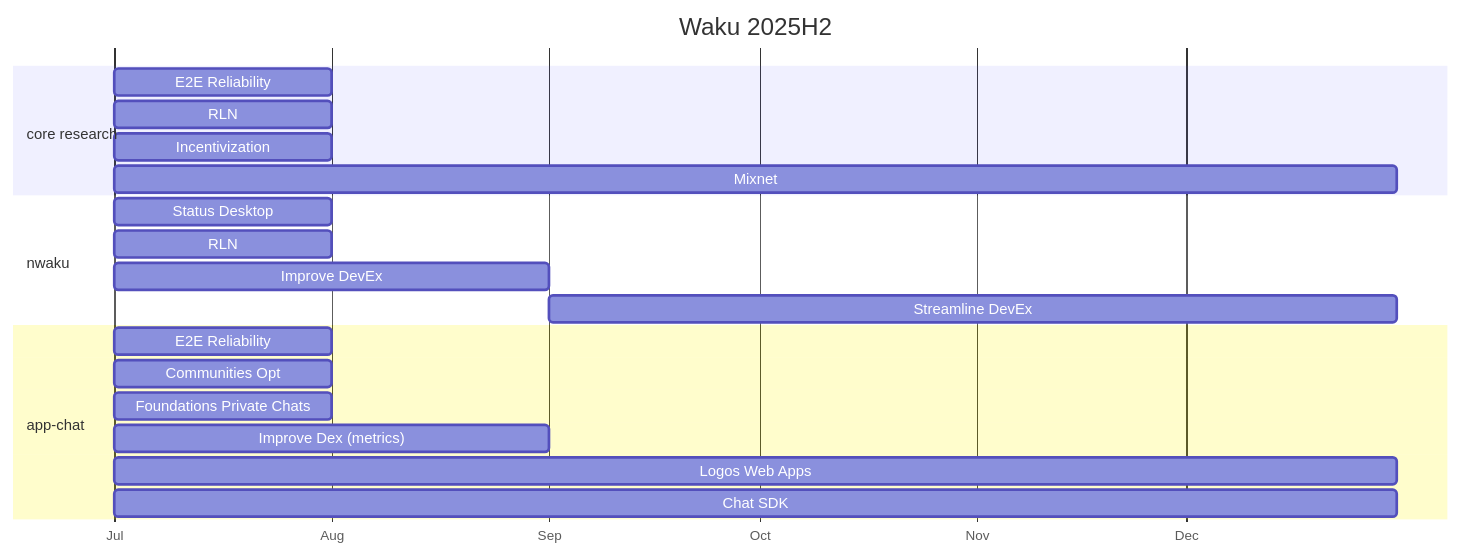
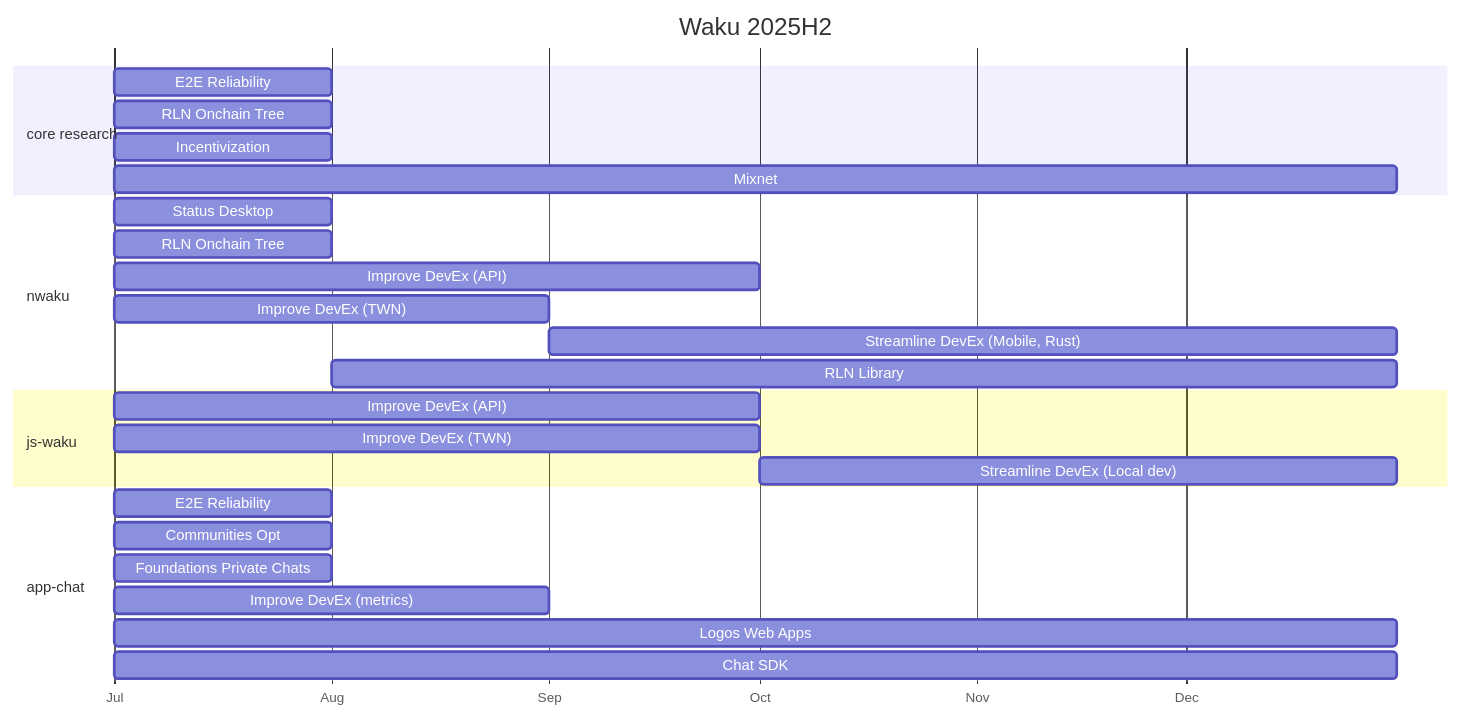
Before and after one commit to waku-org/pm: the diagram in draft-roadmap/README.md, drawn with Mermaid. The commit also changed other lines of this file and 7 other files, not shown here.

Commit message:
Roadmap skeleton!

````diff
--- a/draft-roadmap/README.md
+++ b/draft-roadmap/README.md
@@ -103,25 +108,29 @@
 ```mermaid
 gantt
     title Waku 2025H2
     dateFormat YYYY-MM-DD
     axisFormat %b
     section core research
         E2E Reliability: 2025-07-01, 2025-08-01
-        RLN: 2025-07-01, 2025-08-01
+        RLN Onchain Tree: 2025-07-01, 2025-08-01
         Incentivization: 2025-07-01, 2025-08-01
         Mixnet: 2025-07-01, 2025-12-31
     section nwaku
         Status Desktop: 2025-07-01, 2025-08-01
-        RLN: 2025-07-01, 2025-08-01
-        Improve DevEx: 2025-07-01, 2025-09-01
-        Streamline DevEx: 2025-09-01, 2025-12-31
+        RLN Onchain Tree: 2025-07-01, 2025-08-01
+        Improve DevEx (API): 2025-07-01, 2025-10-01
+        Improve DevEx (TWN): 2025-07-01, 2025-09-01
+        Streamline DevEx (Mobile, Rust): 2025-09-01, 2025-12-31
+        RLN Library: 2025-08-01, 2025-12-31
     section js-waku
-        
+        Improve DevEx (API): 2025-07-01, 2025-10-01
+        Improve DevEx (TWN): 2025-07-01, 2025-10-01
+        Streamline DevEx (Local dev): 2025-10-01, 2025-12-31
     section app-chat
         E2E Reliability: 2025-07-01, 2025-08-01
         Communities Opt: 2025-07-01, 2025-08-01
         Foundations Private Chats: 2025-07-01, 2025-08-01
-        Improve Dex (metrics): 2025-07-01, 2025-09-01
+        Improve DevEx (metrics): 2025-07-01, 2025-09-01
         Logos Web Apps: 2025-07-01, 2025-12-31
         Chat SDK: 2025-07-01, 2025-12-31
 ```
````
